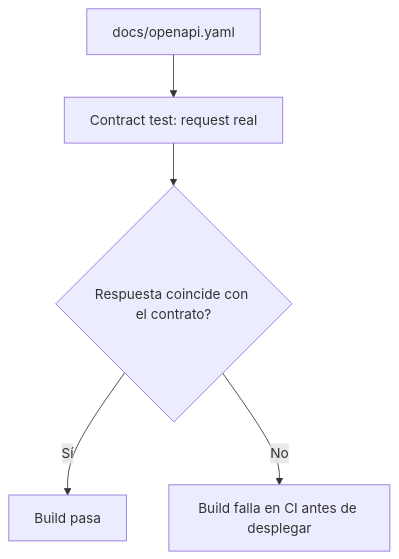
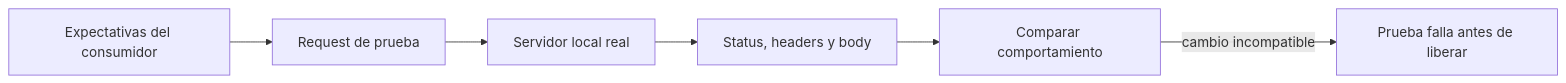
One commit to NICORUIZ93/The_Imperial_Book changed the second of 5 diagrams in web/public/content/node/modulo-13.md. Above: the diagram before and after it, drawn with Mermaid. The commit also changed other lines of this file and 33 other files, not shown here.

````diff
--- a/web/public/content/node/modulo-13.md
+++ b/web/public/content/node/modulo-13.md
@@ -181,7 +485,8 @@
 ```mermaid
-flowchart TD
-    A[docs/openapi.yaml] --> B[Contract test: request real]
-    B --> C{Respuesta coincide con el contrato?}
-    C -->|Sí| D[Build pasa]
-    C -->|No| E[Build falla en CI antes de desplegar]
+flowchart LR
+  Consumer[Expectativas del consumidor] --> Request[Request de prueba]
+  Request --> API[Servidor local real]
+  API --> Response[Status, headers y body]
+  Response --> Compare[Comparar comportamiento]
+  Compare -->|cambio incompatible| Fail[Prueba falla antes de liberar]
 ```
````
